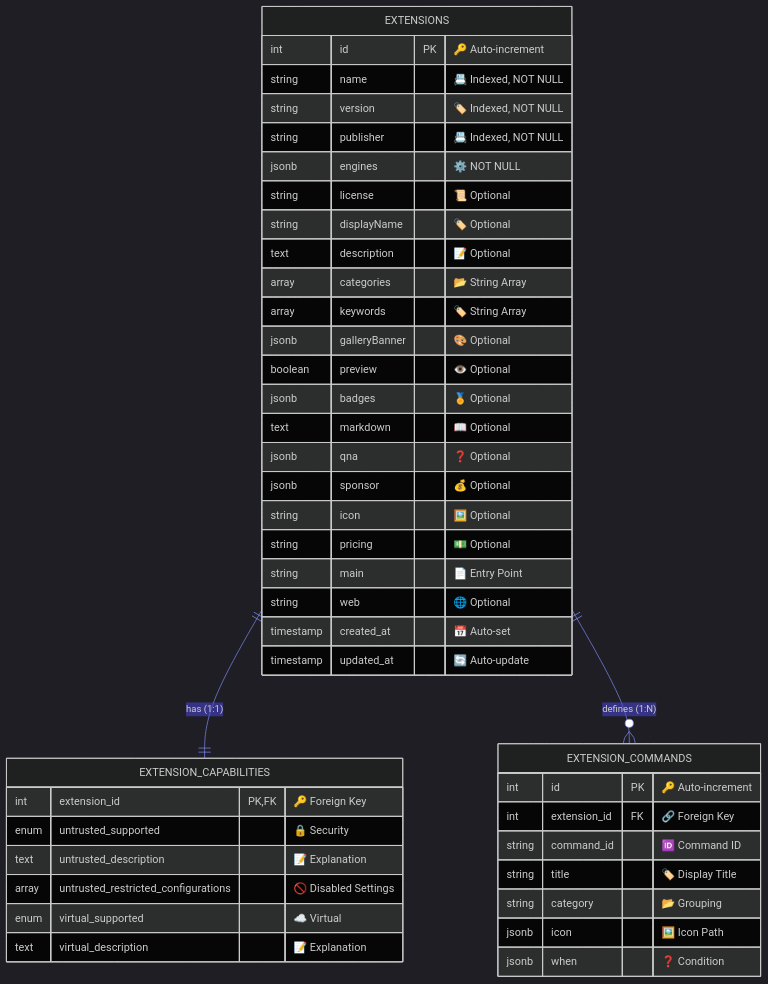
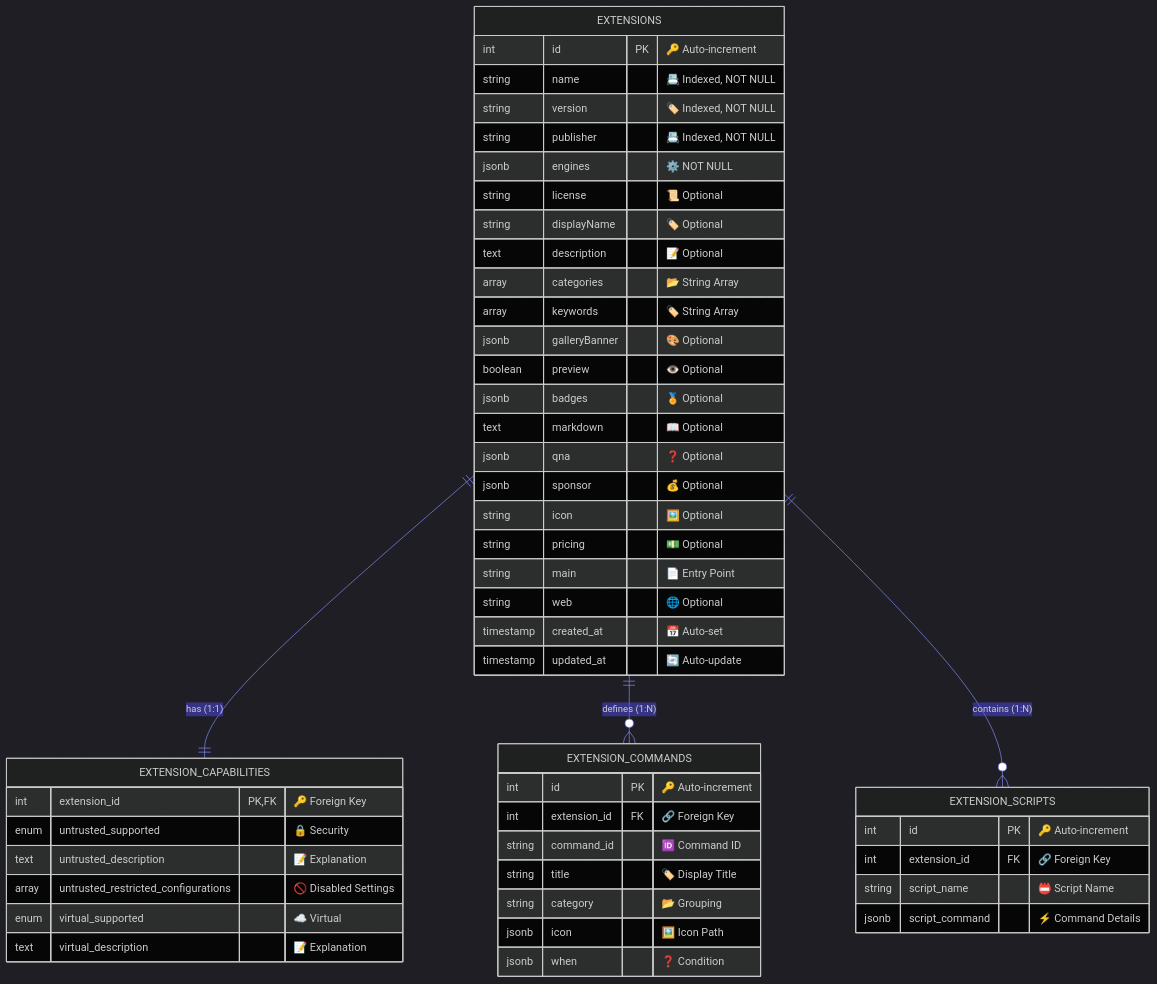
The eighth of 14 diagrams in documents/ARCHITECTURE.md (Ekremunalytu/automation_enviroment), drawn with Mermaid before and after one commit. The commit also changed other lines of this file and 7 other files, not shown here.

````diff
--- a/documents/ARCHITECTURE.md
+++ b/documents/ARCHITECTURE.md
@@ -419,50 +427,58 @@
 ```mermaid
 %%{init: {'theme': 'dark', 'themeVariables': { 'background': '#0d1117', 'primaryColor': '#3b82f6', 'primaryTextColor': '#e6edf3', 'lineColor': '#818cf8', 'tertiaryColor': '#4f46e5', 'attributeBackgroundColorEven': '#161b22', 'attributeBackgroundColorOdd': '#21262d'}}}%%
 erDiagram
     EXTENSIONS ||--|| EXTENSION_CAPABILITIES : "has (1:1)"
     EXTENSIONS ||--o{ EXTENSION_COMMANDS : "defines (1:N)"
+    EXTENSIONS ||--o{ EXTENSION_SCRIPTS : "contains (1:N)"
 
     EXTENSIONS {
         int id PK "🔑 Auto-increment"
         string name "📇 Indexed, NOT NULL"
         string version "🏷️ Indexed, NOT NULL"
         string publisher "📇 Indexed, NOT NULL"
         jsonb engines "⚙️ NOT NULL"
         string license "📜 Optional"
         string displayName "🏷️ Optional"
         text description "📝 Optional"
         array categories "📂 String Array"
         array keywords "🏷️ String Array"
         jsonb galleryBanner "🎨 Optional"
         boolean preview "👁️ Optional"
         jsonb badges "🏅 Optional"
         text markdown "📖 Optional"
         jsonb qna "❓ Optional"
         jsonb sponsor "💰 Optional"
         string icon "🖼️ Optional"
         string pricing "💵 Optional"
         string main "📄 Entry Point"
         string web "🌐 Optional"
         timestamp created_at "📅 Auto-set"
         timestamp updated_at "🔄 Auto-update"
     }
 
     EXTENSION_CAPABILITIES {
         int extension_id PK,FK "🔑 Foreign Key"
         enum untrusted_supported "🔒 Security"
         text untrusted_description "📝 Explanation"
         array untrusted_restricted_configurations "🚫 Disabled Settings"
         enum virtual_supported "☁️ Virtual"
         text virtual_description "📝 Explanation"
     }
 
     EXTENSION_COMMANDS {
         int id PK "🔑 Auto-increment"
         int extension_id FK "🔗 Foreign Key"
         string command_id "🆔 Command ID"
         string title "🏷️ Display Title"
         string category "📂 Grouping"
         jsonb icon "🖼️ Icon Path"
         jsonb when "❓ Condition"
     }
+
+    EXTENSION_SCRIPTS {
+        int id PK "🔑 Auto-increment"
+        int extension_id FK "🔗 Foreign Key"
+        string script_name "📛 Script Name"
+        jsonb script_command "⚡ Command Details"
+    }
 ```
````
